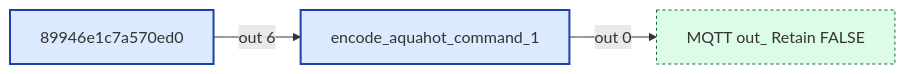
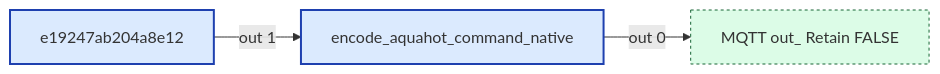
Before and after one commit to Backroads4Me/librecoach-node-red: the third of 16 diagrams in src/wiring/ha-commands.md, drawn with Mermaid. The commit also changed other lines of this file and 5 other files, not shown here.

````diff
--- a/src/wiring/ha-commands.md
+++ b/src/wiring/ha-commands.md
@@ -90,14 +90,14 @@
 ```mermaid
 flowchart LR
   classDef fn fill:#dbeafe,stroke:#1e40af,stroke-width:2px
   classDef ui fill:#ede9fe,stroke:#5b21b6,stroke-width:2px
   classDef sub fill:#fef3c7,stroke:#92400e,stroke-width:2px
   classDef link fill:#dcfce7,stroke:#166534,stroke-width:1px,stroke-dasharray:3 3
   classDef config fill:#f3f4f6,stroke:#6b7280,stroke-width:1px,stroke-dasharray:2 2
   classDef disabled opacity:0.5,stroke-dasharray:4 4
-  n_6aa079d768e1["MQTT out_ Retain FALSE"]:::link
-  n_89946e1c7a57["89946e1c7a570ed0"]:::fn
-  n_a8882b1f3530["encode_aquahot_command_1"]:::fn
-  n_89946e1c7a57 -->|out 6| n_a8882b1f3530
-  n_a8882b1f3530 -->|out 0| n_6aa079d768e1
+  n_a71ac1bd86bd["encode_aquahot_command_native"]:::fn
+  n_d95299a44e1d["MQTT out_ Retain FALSE"]:::link
+  n_e19247ab204a["e19247ab204a8e12"]:::fn
+  n_a71ac1bd86bd -->|out 0| n_d95299a44e1d
+  n_e19247ab204a -->|out 1| n_a71ac1bd86bd
 ```
````
